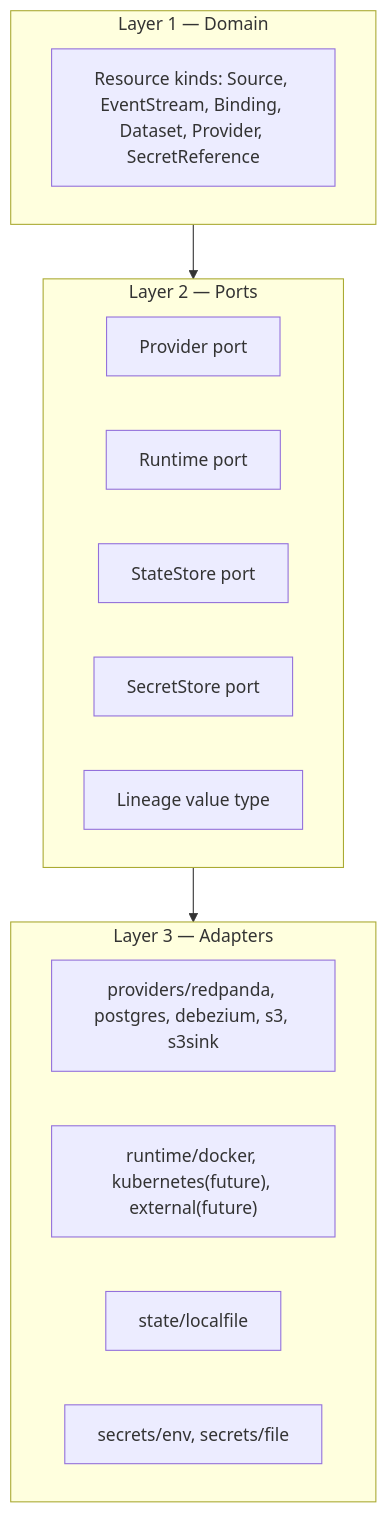
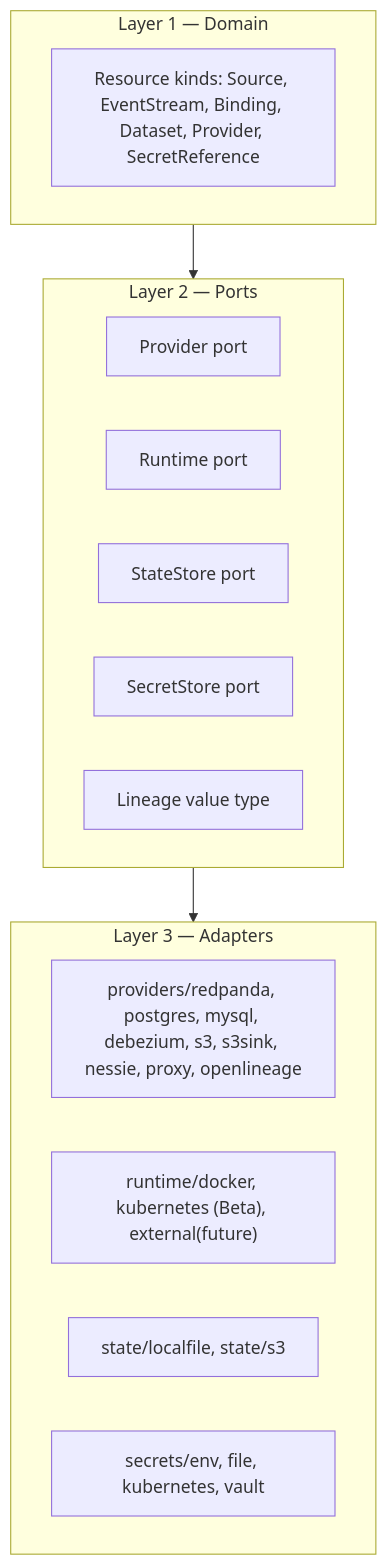
The diagram in docs/planning/02-architecture.md (rezarajan/platformctl), drawn with Mermaid before and after one commit. The commit also changed other lines of this file and 9 other files, not shown here.

````diff
--- a/docs/planning/02-architecture.md
+++ b/docs/planning/02-architecture.md
@@ -5,21 +5,21 @@
 ```mermaid
 flowchart TB
     subgraph L1["Layer 1 — Domain"]
         R1[Resource kinds: Source, EventStream, Binding, Dataset, Provider, SecretReference]
     end
     subgraph L2["Layer 2 — Ports"]
         P1[Provider port]
         P2[Runtime port]
         P3[StateStore port]
         P4[SecretStore port]
         P5[Lineage value type]
     end
     subgraph L3["Layer 3 — Adapters"]
-        A1["providers/redpanda, postgres, debezium, s3, s3sink"]
-        A2["runtime/docker, kubernetes(future), external(future)"]
-        A3["state/localfile"]
-        A4["secrets/env, secrets/file"]
+        A1["providers/redpanda, postgres, mysql, debezium, s3, s3sink, nessie, proxy, openlineage"]
+        A2["runtime/docker, kubernetes (Beta), external(future)"]
+        A3["state/localfile, state/s3"]
+        A4["secrets/env, file, kubernetes, vault"]
     end
     L1 --> L2
     L2 --> L3
 ```
````
